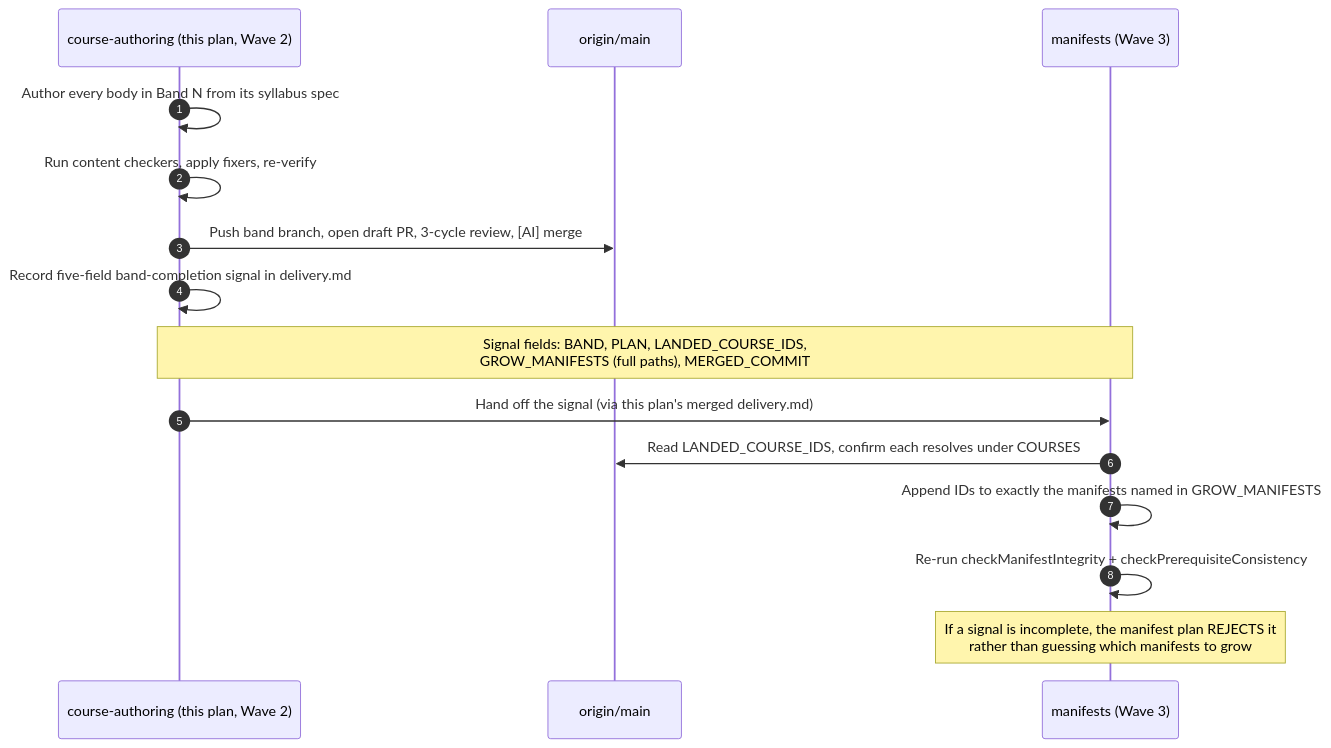
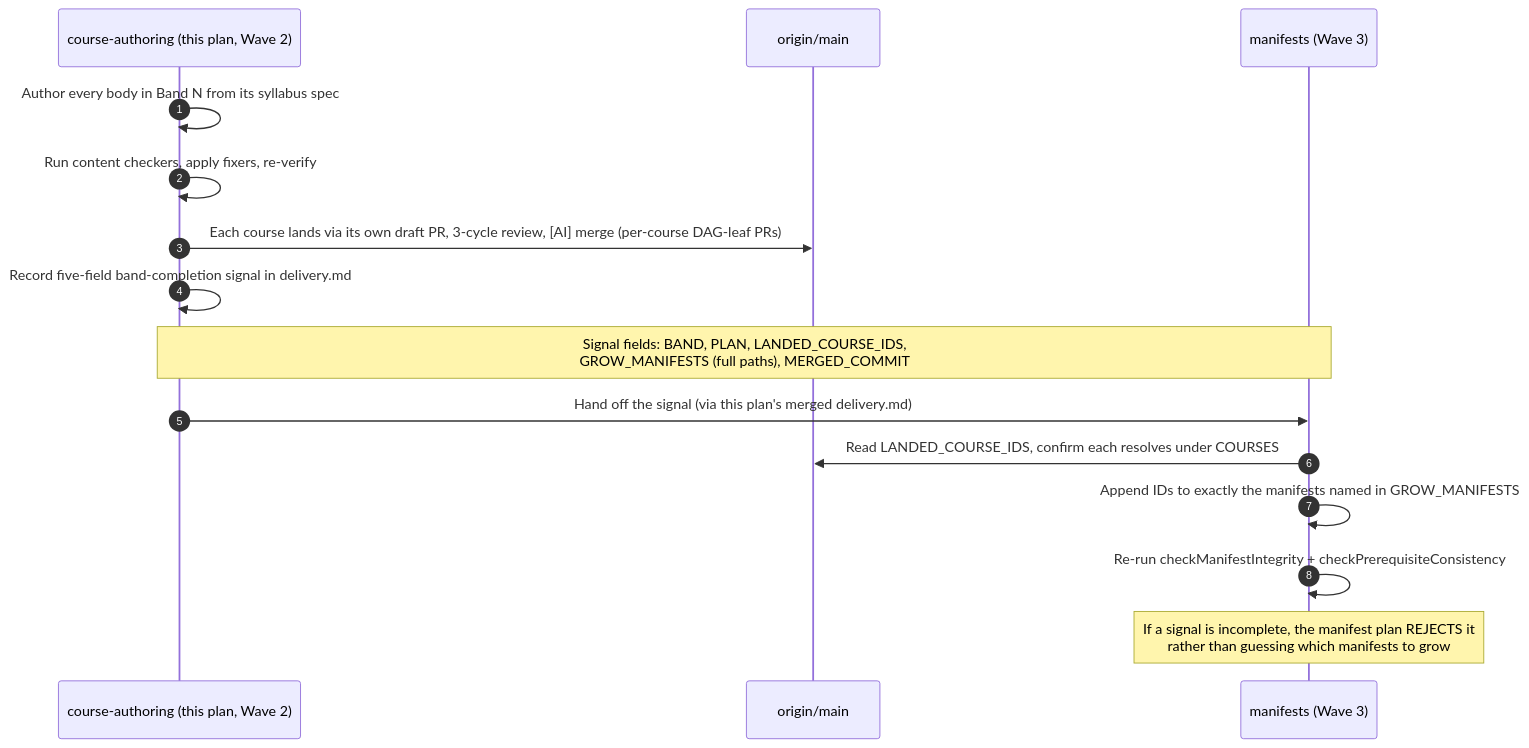
One commit to wahidyankf/baseerah changed the fourth of 5 diagrams in plans/backlog/ayokoding-learning-path-04-course-authoring/tech-docs.md. Above: the diagram before and after it, drawn with Mermaid. The commit also changed 9 other files, not shown here.

````diff
--- a/plans/backlog/ayokoding-learning-path-04-course-authoring/tech-docs.md
+++ b/plans/backlog/ayokoding-learning-path-04-course-authoring/tech-docs.md
@@ -351,19 +351,19 @@
 ```mermaid
 %% Order of operations across the two plans when a band lands.
 sequenceDiagram
     autonumber
     participant CA as course-authoring (this plan, Wave 2)
     participant Main as origin/main
     participant MF as manifests (Wave 3)
 
     CA->>CA: Author every body in Band N from its syllabus spec
     CA->>CA: Run content checkers, apply fixers, re-verify
-    CA->>Main: Push band branch, open draft PR, 3-cycle review, [AI] merge
+    CA->>Main: Each course lands via its own draft PR, 3-cycle review, [AI] merge (per-course DAG-leaf PRs)
     CA->>CA: Record five-field band-completion signal in delivery.md
     Note over CA,MF: Signal fields: BAND, PLAN, LANDED_COURSE_IDS,<br/>GROW_MANIFESTS (full paths), MERGED_COMMIT
     CA->>MF: Hand off the signal (via this plan's merged delivery.md)
     MF->>Main: Read LANDED_COURSE_IDS, confirm each resolves under COURSES
     MF->>MF: Append IDs to exactly the manifests named in GROW_MANIFESTS
     MF->>MF: Re-run checkManifestIntegrity + checkPrerequisiteConsistency
     Note over MF: If a signal is incomplete, the manifest plan REJECTS it<br/>rather than guessing which manifests to grow
 ```
````
